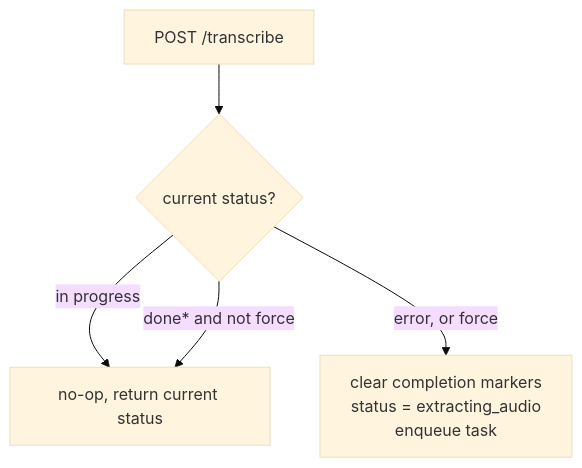
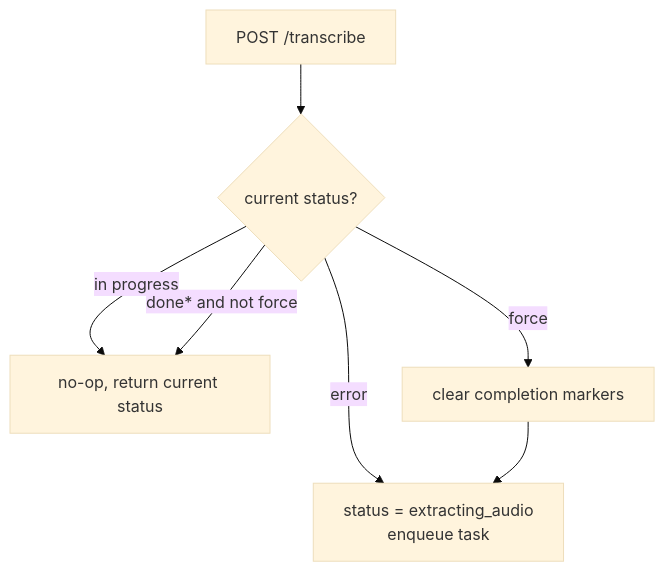
Before and after one commit to yuvallevy09/class-mate: the sixth of 6 diagrams in docs/video-processing.md, drawn with Mermaid (base theme). The commit also changed other lines of this file and 36 other files, not shown here.

````diff
--- a/docs/video-processing.md
+++ b/docs/video-processing.md
@@ -194,7 +194,8 @@
 ```mermaid
 flowchart TD
     T[POST /transcribe] --> Q{current status?}
     Q -->|in progress| NOOP[no-op, return current status]
     Q -->|done* and not force| NOOP
-    Q -->|error, or force| GO[clear completion markers<br/>status = extracting_audio<br/>enqueue task]
+    Q -->|error| GO[status = extracting_audio<br/>enqueue task]
+    Q -->|force| CLR[clear completion markers] --> GO
 ```
````
